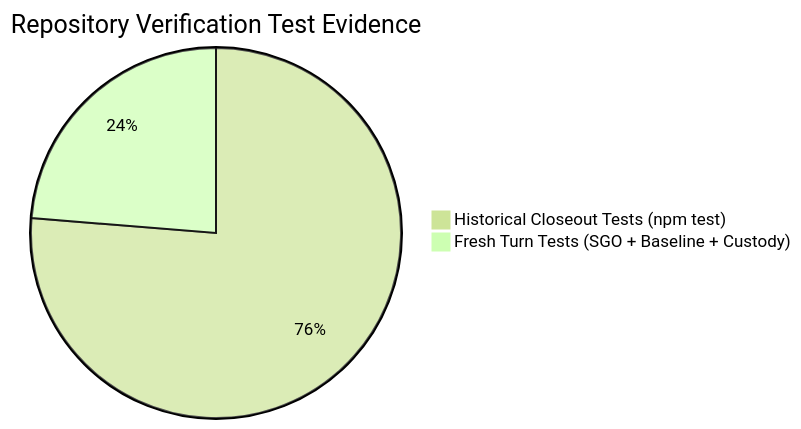
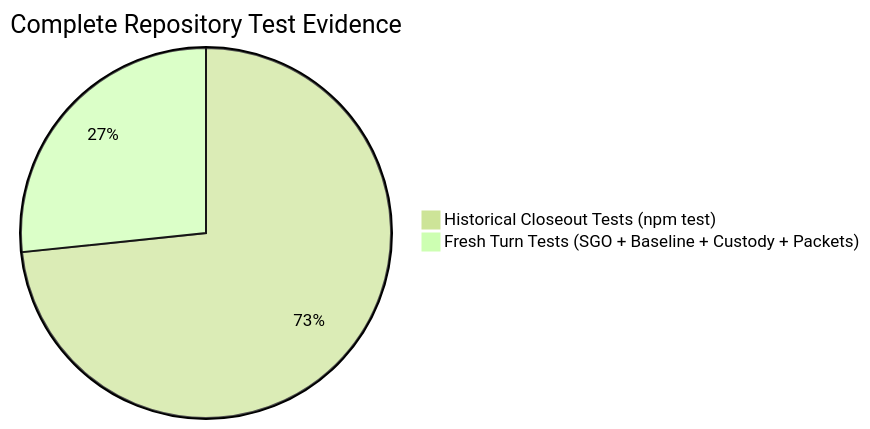
Before and after one commit to magedye/Agent-Files-Explorer-: the second of 2 diagrams in docs/governance/AFE_GOV_LEGACY_RECONCILE_002_FINAL_REPORT.md, drawn with Mermaid (forest theme). The commit also changed other lines of this file and 30 other files, not shown here.

````diff
--- a/docs/governance/AFE_GOV_LEGACY_RECONCILE_002_FINAL_REPORT.md
+++ b/docs/governance/AFE_GOV_LEGACY_RECONCILE_002_FINAL_REPORT.md
@@ -295,5 +296,5 @@
 ```mermaid
-pie title Repository Verification Test Evidence
+pie title Complete Repository Test Evidence
     "Historical Closeout Tests (npm test)" : 267
-    "Fresh Turn Tests (SGO + Baseline + Custody)" : 83
+    "Fresh Turn Tests (SGO + Baseline + Custody + Packets)" : 97
 ```
````
